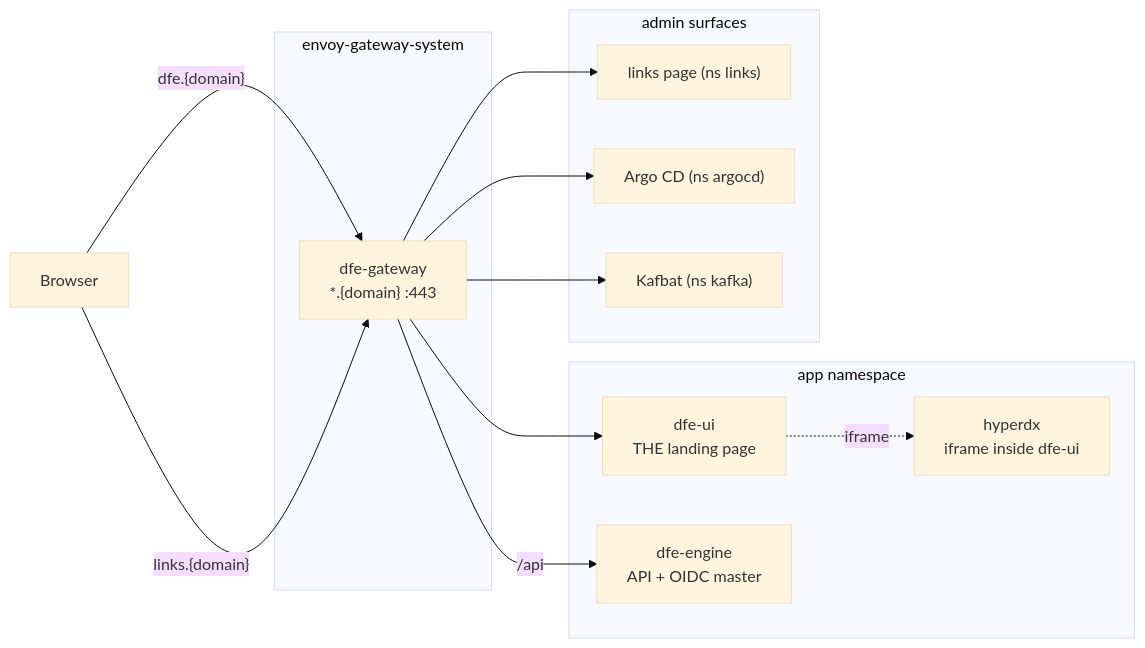
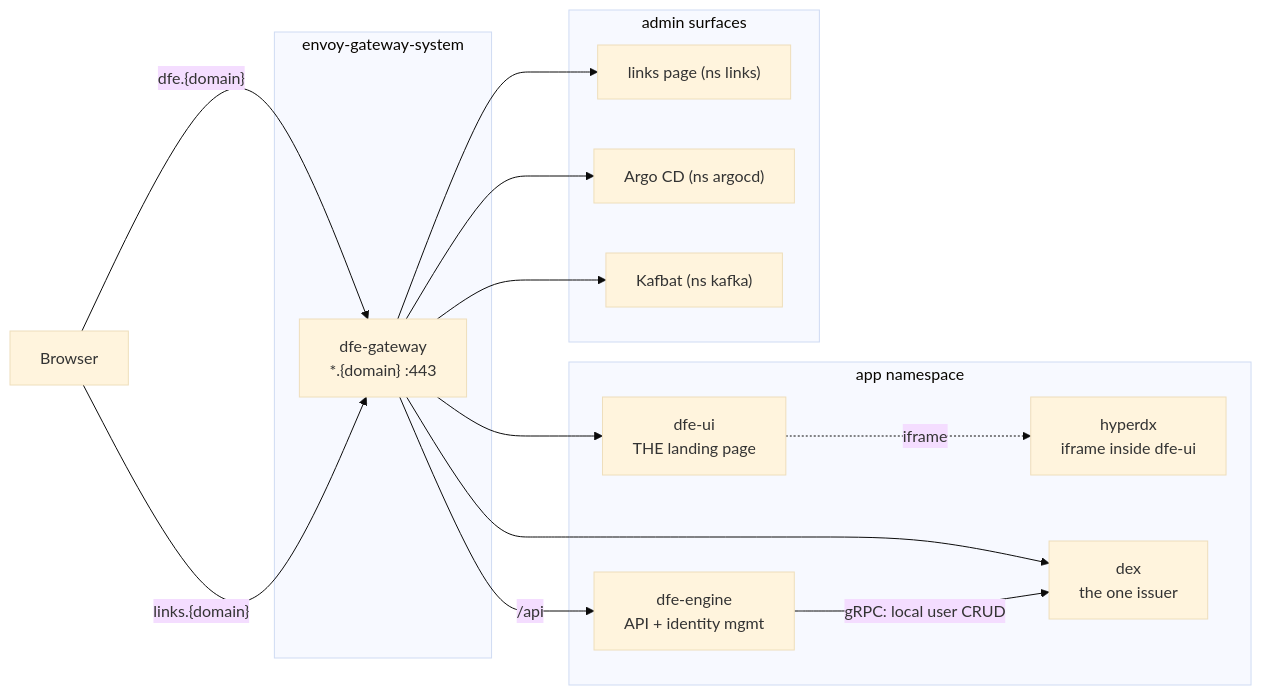
The first of 2 diagrams in docs/EDGE-AUTH.md (hyperi-io/dfe-infra), drawn with Mermaid (base theme) before and after one commit. The commit also changed other lines of this file and 3 other files, not shown here.

First line of the commit message:
fix(stack): engine v1.11.2 (org_viewer), dex-issuer doc, deploy-values op

````diff
--- a/docs/EDGE-AUTH.md
+++ b/docs/EDGE-AUTH.md
@@ -24,25 +40,28 @@
 ```mermaid
 flowchart LR
     B[Browser]
     subgraph egw["envoy-gateway-system"]
         GW["dfe-gateway<br/>*.{domain} :443"]
     end
     subgraph appns["app namespace"]
         UI["dfe-ui<br/>THE landing page"]
         HX["hyperdx<br/>iframe inside dfe-ui"]
-        ENG["dfe-engine<br/>API + OIDC master"]
+        ENG["dfe-engine<br/>API + identity mgmt"]
+        DX["dex<br/>the one issuer"]
     end
     subgraph adminns["admin surfaces"]
         LK["links page (ns links)"]
         AR["Argo CD (ns argocd)"]
         KB["Kafbat (ns kafka)"]
     end
     B -->|"dfe.{domain}"| GW
     B -->|"links.{domain}"| GW
     GW --> UI
     UI -.->|iframe| HX
     GW -->|"/api"| ENG
+    GW --> DX
     GW --> LK
     GW --> AR
     GW --> KB
+    ENG -->|"gRPC: local user CRUD"| DX
 ```
````
